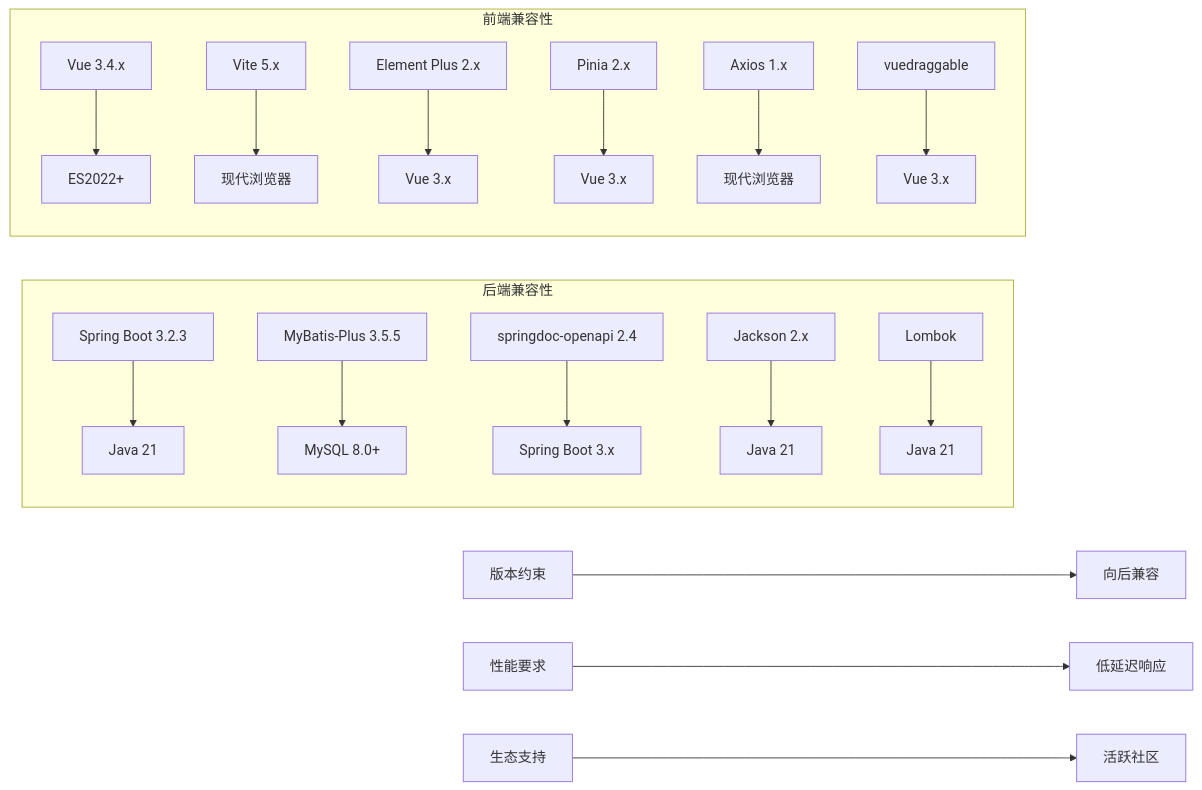
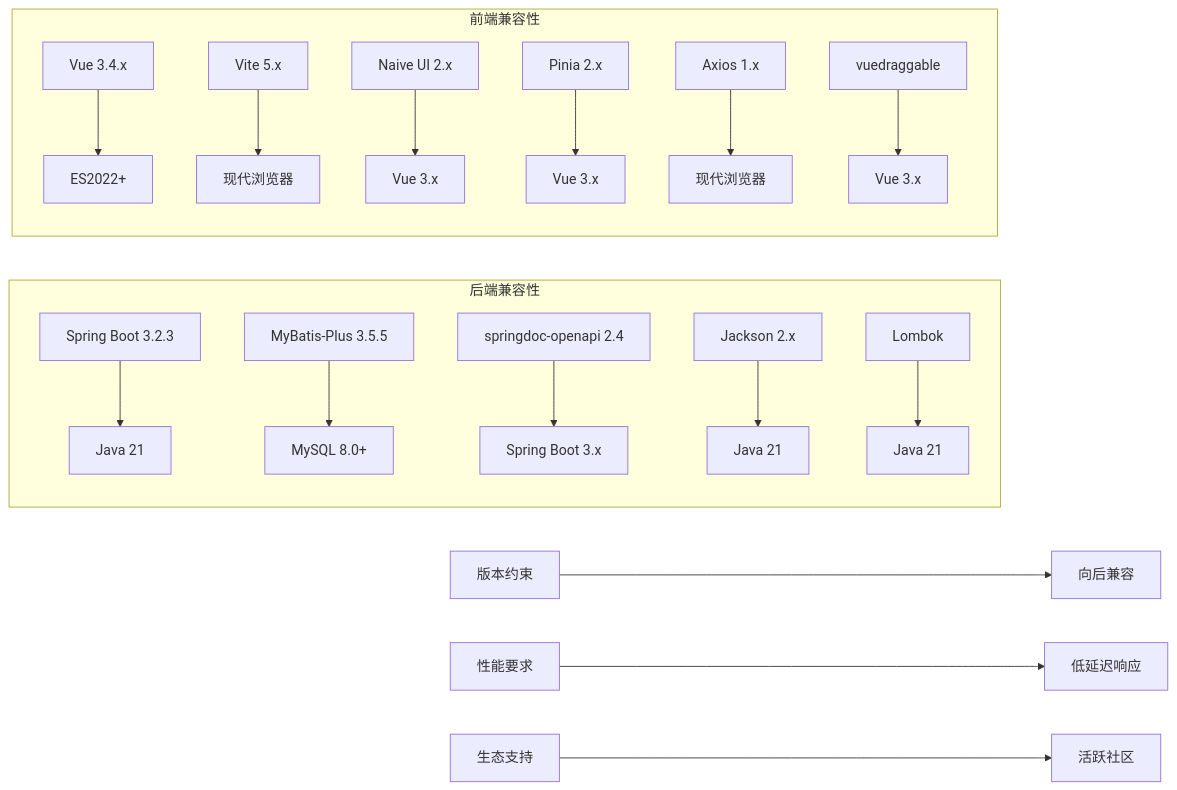
One commit to NJMrLi/genetics changed the fifth of 5 diagrams in .qoder/repowiki/zh/content/技术栈选型.md. Above: the diagram before and after it, drawn with Mermaid. The commit also changed other lines of this file and 32 other files, not shown here.

````diff
--- a/.qoder/repowiki/zh/content/技术栈选型.md
+++ b/.qoder/repowiki/zh/content/技术栈选型.md
@@ -321,21 +359,21 @@
 ```mermaid
 graph LR
 subgraph "后端兼容性"
 A[Spring Boot 3.2.3] --> B[Java 21]
 C[MyBatis-Plus 3.5.5] --> D[MySQL 8.0+]
 E[springdoc-openapi 2.4] --> F[Spring Boot 3.x]
 G[Jackson 2.x] --> H[Java 21]
 I[Lombok] --> J[Java 21]
 end
 subgraph "前端兼容性"
 K[Vue 3.4.x] --> L[ES2022+]
 M[Vite 5.x] --> N[现代浏览器]
-O[Element Plus 2.x] --> P[Vue 3.x]
+O[Naive UI 2.x] --> P[Vue 3.x]
 Q[Pinia 2.x] --> R[Vue 3.x]
 S[Axios 1.x] --> T[现代浏览器]
 U[vuedraggable] --> V[Vue 3.x]
 end
 W[版本约束] --> X[向后兼容]
 Y[性能要求] --> Z[低延迟响应]
 AA[生态支持] --> BB[活跃社区]
 ```
````
